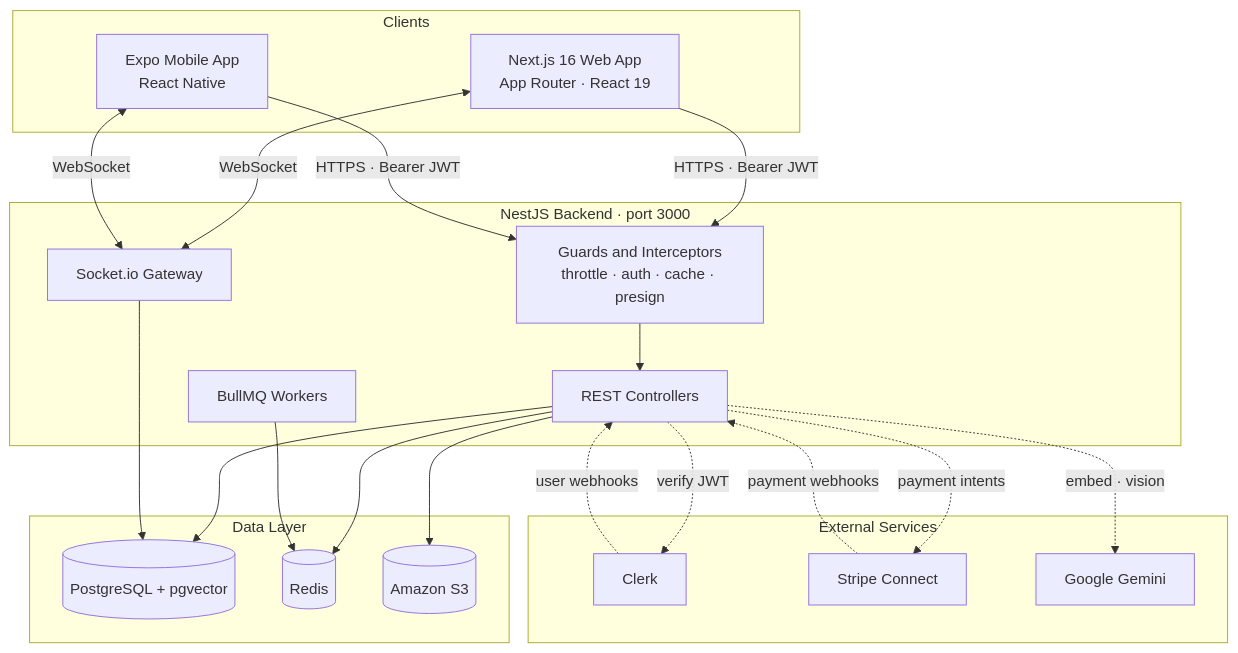
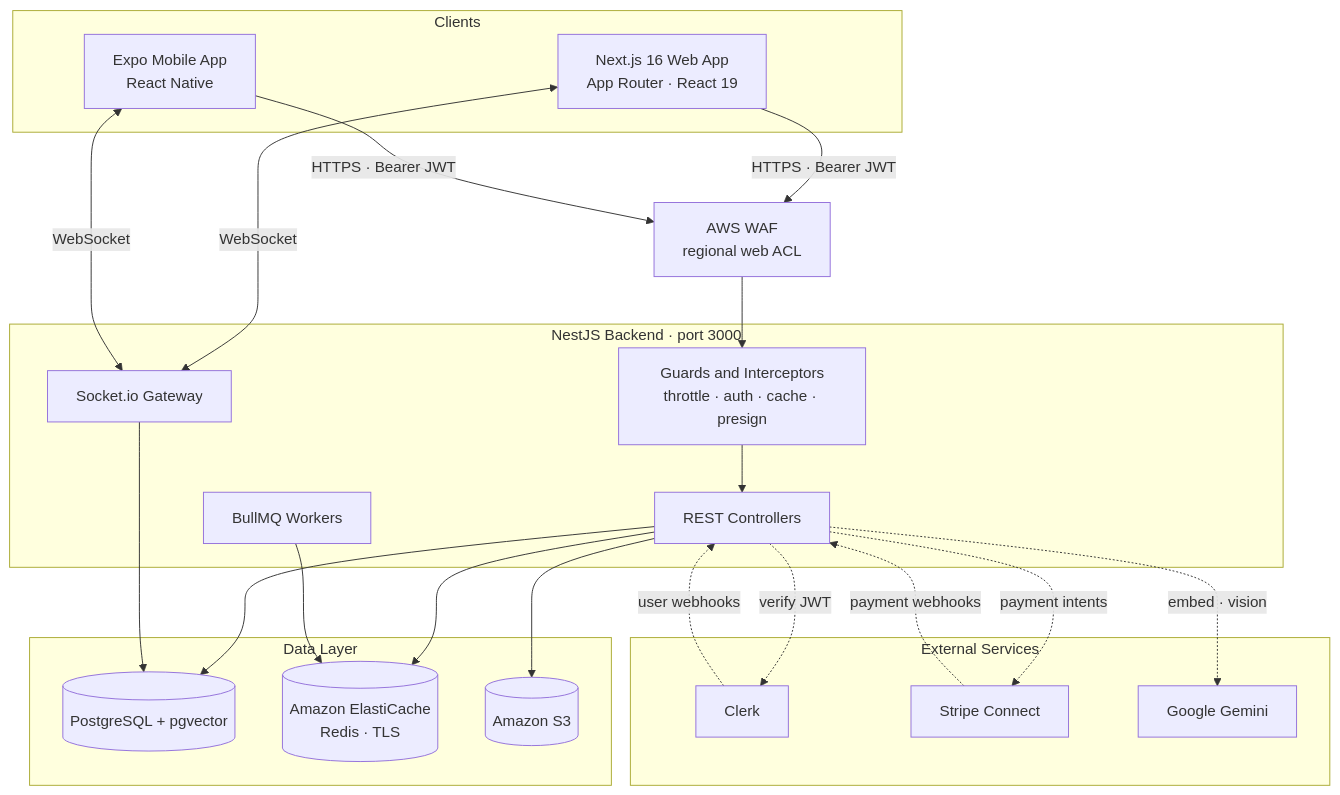
One commit to kiet08hogit/Orbit changed the first of 14 diagrams in README.md. Above: the diagram before and after it, drawn with Mermaid. The commit also changed other lines of this file, not shown here.

Commit message:
docs: show ElastiCache and WAF in the architecture diagrams

````diff
--- a/README.md
+++ b/README.md
@@ -70,44 +70,47 @@
 ```mermaid
 graph TB
     subgraph clients["Clients"]
         Web["Next.js 16 Web App<br/>App Router · React 19"]
         Mobile["Expo Mobile App<br/>React Native"]
     end
 
     subgraph api["NestJS Backend · port 3000"]
         Pipeline["Guards and Interceptors<br/>throttle · auth · cache · presign"]
         REST["REST Controllers"]
         WS["Socket.io Gateway"]
         Workers["BullMQ Workers"]
     end
 
+    WAF["AWS WAF<br/>regional web ACL"]
+
     subgraph data["Data Layer"]
         PG[("PostgreSQL + pgvector")]
-        Redis[("Redis")]
+        Redis[("Amazon ElastiCache<br/>Redis · TLS")]
         S3[("Amazon S3")]
     end
 
     subgraph external["External Services"]
         Clerk["Clerk"]
         Stripe["Stripe Connect"]
         Gemini["Google Gemini"]
     end
 
-    Web -->|"HTTPS · Bearer JWT"| Pipeline
-    Mobile -->|"HTTPS · Bearer JWT"| Pipeline
+    Web -->|"HTTPS · Bearer JWT"| WAF
+    Mobile -->|"HTTPS · Bearer JWT"| WAF
+    WAF --> Pipeline
     Web <-->|"WebSocket"| WS
     Mobile <-->|"WebSocket"| WS
 
     Pipeline --> REST
     REST --> PG
     REST --> S3
     REST --> Redis
     WS --> PG
     Workers --> Redis
 
     REST -.->|"verify JWT"| Clerk
     REST -.->|"payment intents"| Stripe
     REST -.->|"embed · vision"| Gemini
     Clerk -.->|"user webhooks"| REST
     Stripe -.->|"payment webhooks"| REST
 ```
````
